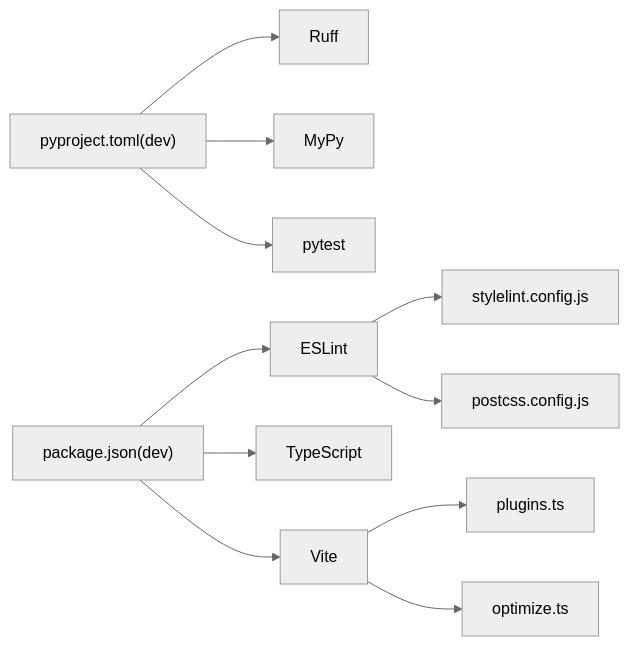
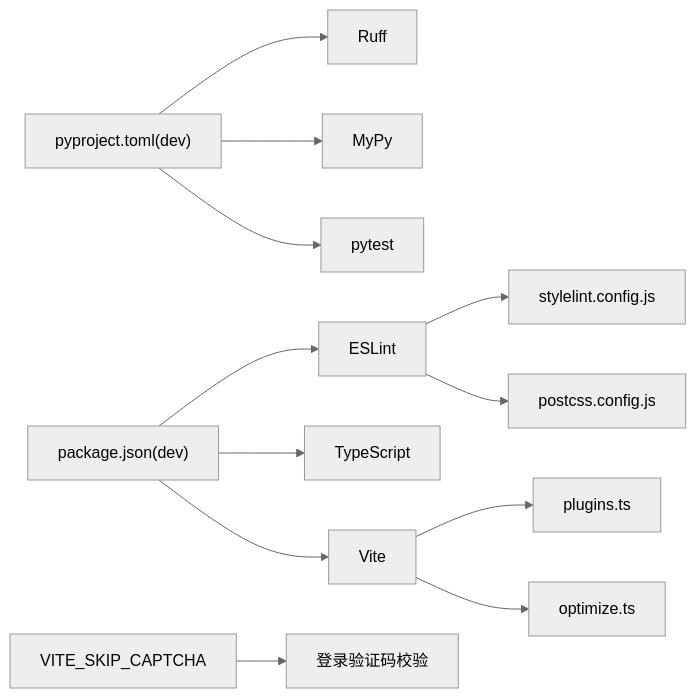
Before and after one commit to taoweidong/Hello-FastApi: the sixth of 6 diagrams in .qoder/repowiki/zh/content/开发工具与脚本/开发工具与脚本.md, drawn with Mermaid (neutral theme). The commit also changed other lines of this file and 9 other files, not shown here.

````diff
--- a/.qoder/repowiki/zh/content/开发工具与脚本/开发工具与脚本.md
+++ b/.qoder/repowiki/zh/content/开发工具与脚本/开发工具与脚本.md
@@ -367,13 +449,14 @@
 ```mermaid
 graph LR
 P["pyproject.toml(dev)"] --> R["Ruff"]
 P --> M["MyPy"]
 P --> T["pytest"]
 PKG["package.json(dev)"] --> E["ESLint"]
 PKG --> TS["TypeScript"]
 PKG --> V["Vite"]
 V --> PL["plugins.ts"]
 V --> OP["optimize.ts"]
 E --> SL["stylelint.config.js"]
 E --> PC["postcss.config.js"]
+ENV["VITE_SKIP_CAPTCHA"] --> LOGIN["登录验证码校验"]
 ```
````
